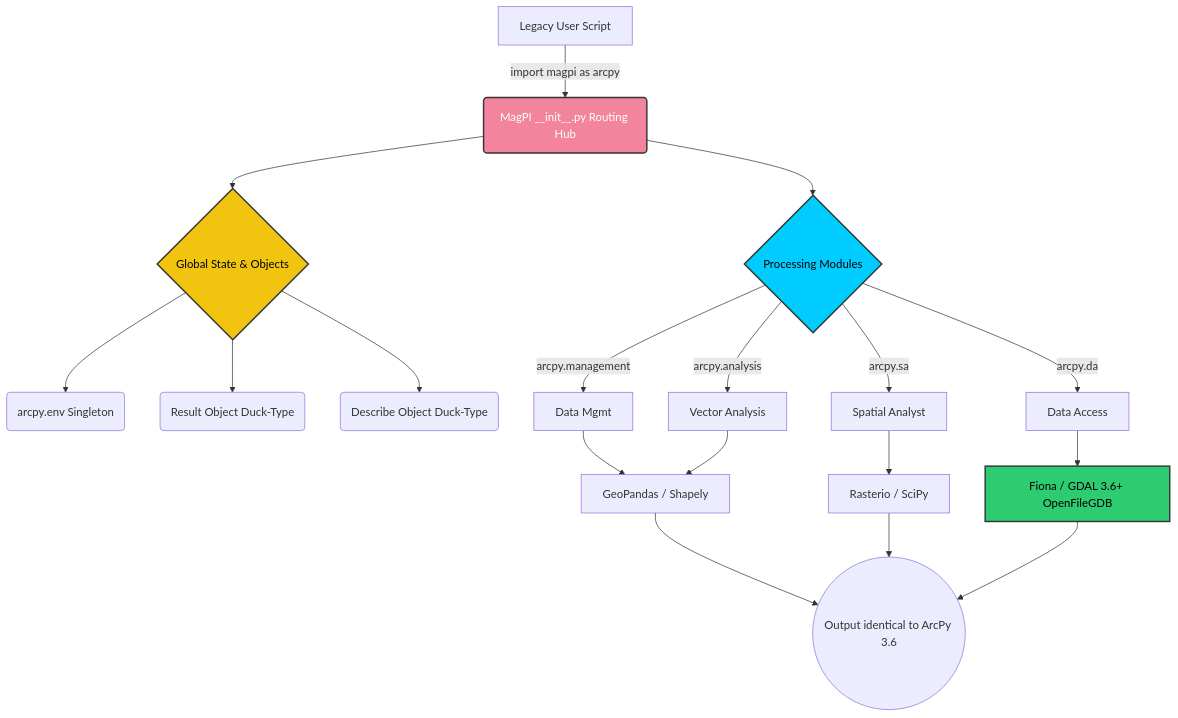
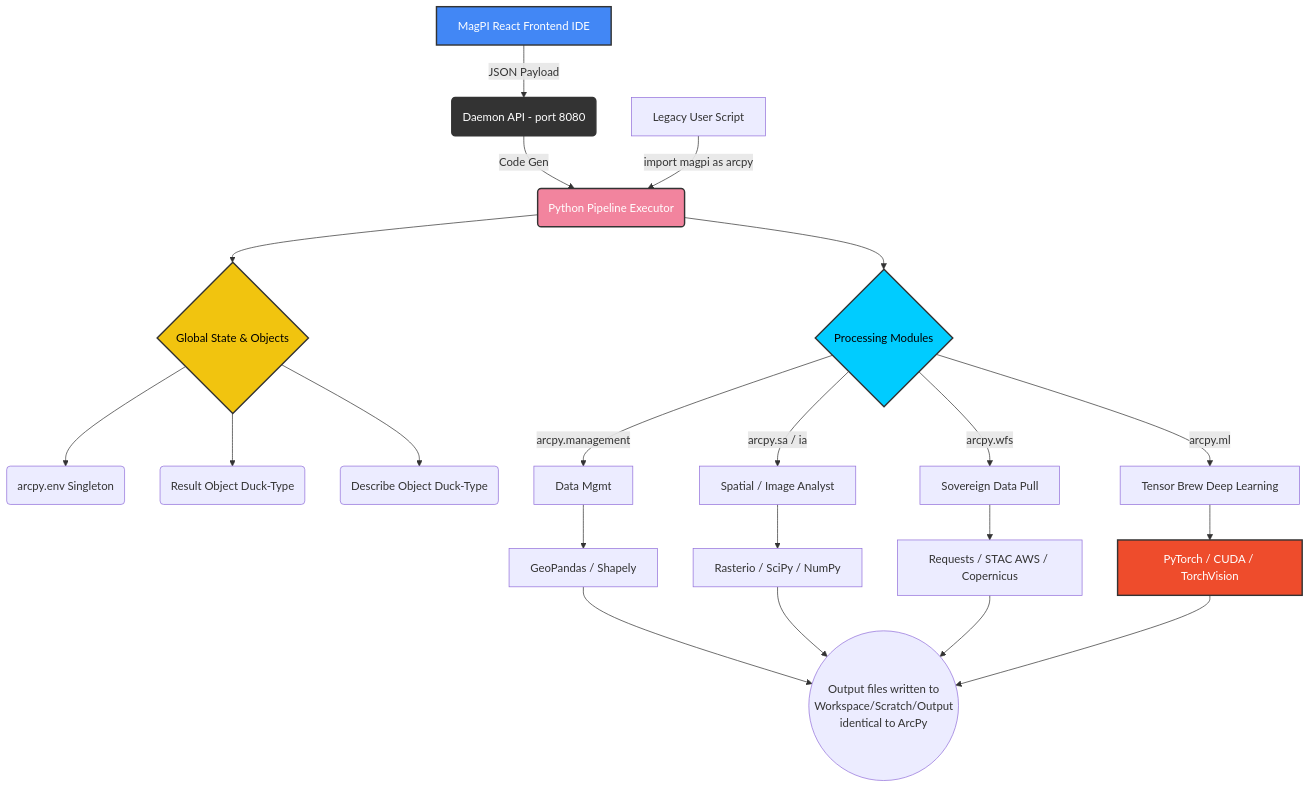
Before and after one commit to nexavision-tech/MagPI: the diagram in MagPI_Architecture.mmd, drawn with Mermaid. The commit also changed 10 other files, not shown here.

Commit message:
feat: implement Tensor Brew ML engine, global environment path resolution, and partial pipeline execution in UI

```diff
--- a/MagPI_Architecture.mmd
+++ b/MagPI_Architecture.mmd
@@ -1,25 +1,31 @@
 graph TD
-    A[Legacy User Script] -->|import magpi as arcpy| B(MagPI __init__.py Routing Hub)
+    A[MagPI React Frontend IDE] -->|JSON Payload| B(Daemon API - port 8080)
+    B -->|Code Gen| C(Python Pipeline Executor)
     
-    B --> C{Global State & Objects}
-    C --> C1(arcpy.env Singleton)
-    C --> C2(Result Object Duck-Type)
-    C --> C3(Describe Object Duck-Type)
+    Z[Legacy User Script] -->|import magpi as arcpy| C
     
-    B --> D{Processing Modules}
+    C --> D{Global State & Objects}
+    D --> D1(arcpy.env Singleton)
+    D --> D2(Result Object Duck-Type)
+    D --> D3(Describe Object Duck-Type)
     
-    D -->|arcpy.management| E[Data Mgmt]
-    D -->|arcpy.analysis| F[Vector Analysis]
-    D -->|arcpy.sa| G[Spatial Analyst]
-    D -->|arcpy.da| H[Data Access]
+    C --> E{Processing Modules}
     
-    E & F --> I[GeoPandas / Shapely]
-    G --> J[Rasterio / SciPy]
-    H --> K[Fiona / GDAL 3.6+ OpenFileGDB]
+    E -->|arcpy.management| F[Data Mgmt]
+    E -->|arcpy.sa / ia| G[Spatial / Image Analyst]
+    E -->|arcpy.wfs| H[Sovereign Data Pull]
+    E -->|arcpy.ml| I[Tensor Brew Deep Learning]
     
-    I & J & K --> L((Output identical to ArcPy 3.6))
+    F --> J[GeoPandas / Shapely]
+    G --> K[Rasterio / SciPy / NumPy]
+    H --> L[Requests / STAC AWS / Copernicus]
+    I --> M[PyTorch / CUDA / TorchVision]
+    
+    J & K & L & M --> N((Output files written to \n Workspace/Scratch/Output \n identical to ArcPy))
 
-    style B fill:#f2849e,stroke:#333,stroke-width:2px,color:#fff
-    style C fill:#f1c40f,stroke:#333,stroke-width:2px,color:#000
-    style D fill:#00ccff,stroke:#333,stroke-width:2px,color:#000
-    style K fill:#2ecc71,stroke:#333,stroke-width:2px,color:#000
+    style A fill:#4287f5,stroke:#333,stroke-width:2px,color:#fff
+    style B fill:#333,stroke:#333,stroke-width:2px,color:#fff
+    style C fill:#f2849e,stroke:#333,stroke-width:2px,color:#fff
+    style D fill:#f1c40f,stroke:#333,stroke-width:2px,color:#000
+    style E fill:#00ccff,stroke:#333,stroke-width:2px,color:#000
+    style M fill:#ee4c2c,stroke:#333,stroke-width:2px,color:#fff
```
